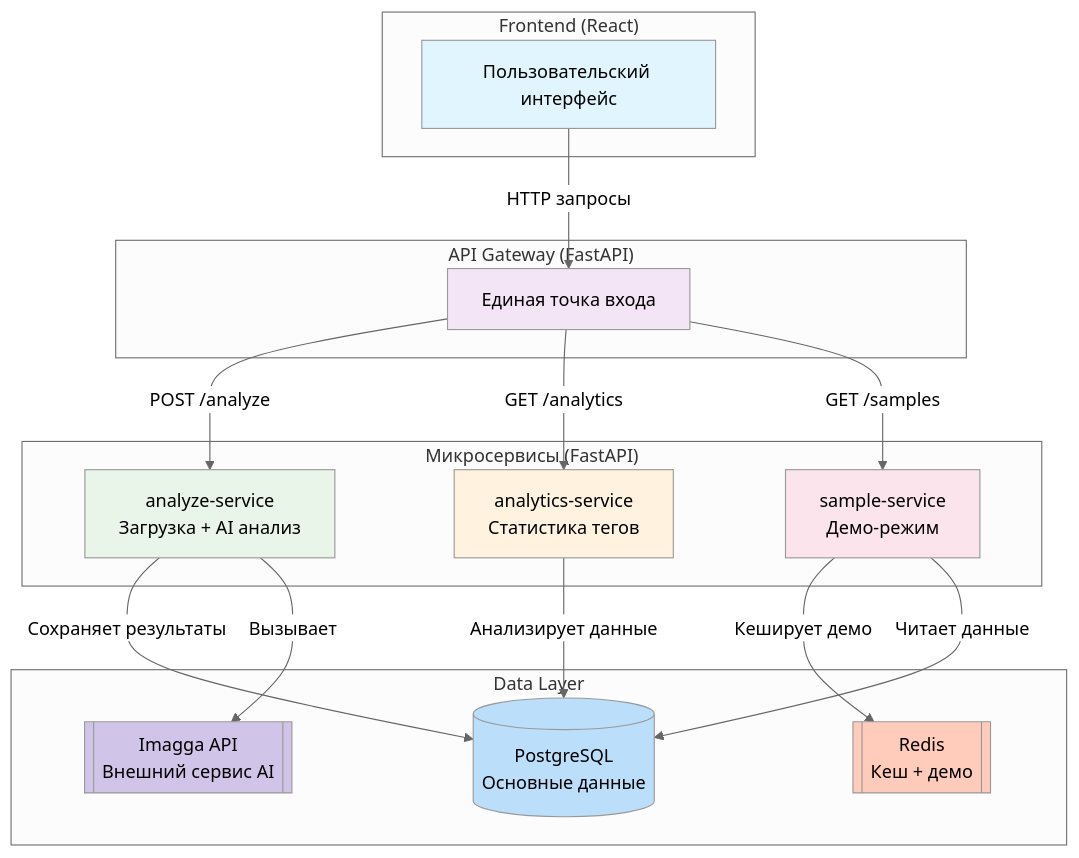
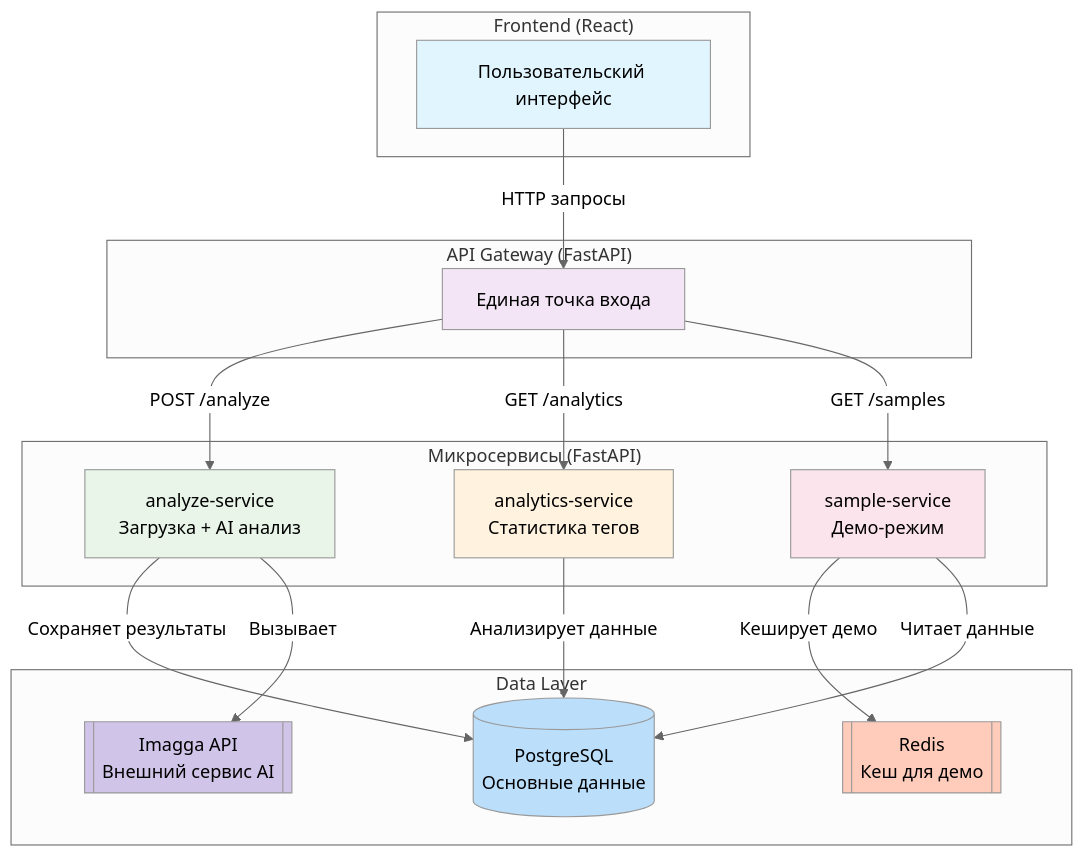
Before and after one commit to bravekirty/bravekirty: the diagram in README.md, drawn with Mermaid (neutral theme). The commit also changed other lines of this file, not shown here.

````diff
--- a/README.md
+++ b/README.md
@@ -139,46 +140,46 @@
 ```mermaid
 
 graph TB
     subgraph "Frontend (React)"
         UI[Пользовательский интерфейс]
     end
     
     subgraph "API Gateway (FastAPI)"
         GW[Единая точка входа]
     end
     
     subgraph "Микросервисы (FastAPI)"
         S1[analyze-service<br/>Загрузка + AI анализ]
         S2[analytics-service<br/>Статистика тегов]
         S3[sample-service<br/>Демо-режим]
     end
     
     subgraph "Data Layer"
         DB[(PostgreSQL<br/>Основные данные)]
-        Cache[["Redis<br/>Кеш + демо"]]
+        Cache[["Redis<br/>Кеш для демо"]]
         ExtAPI[[Imagga API<br/>Внешний сервис AI]]
     end
     
     UI -- "HTTP запросы" --> GW
     
     GW -- "POST /analyze" --> S1
     GW -- "GET /analytics" --> S2
     GW -- "GET /samples" --> S3
     
     S1 -- "Сохраняет результаты" --> DB
     S1 -- "Вызывает" --> ExtAPI
     
     S2 -- "Анализирует данные" --> DB
     
     S3 -- "Кеширует демо" --> Cache
     S3 -- "Читает данные" --> DB
     
     style UI fill:#e1f5fe
     style GW fill:#f3e5f5
     style S1 fill:#e8f5e8
     style S2 fill:#fff3e0
     style S3 fill:#fce4ec
     style DB fill:#bbdefb
     style Cache fill:#ffccbc
     style ExtAPI fill:#d1c4e9
 ```
````
